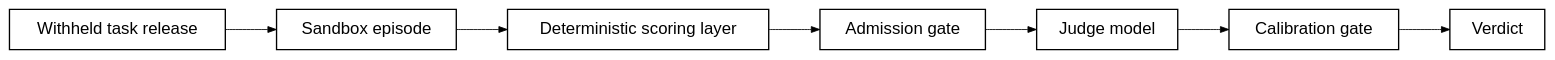
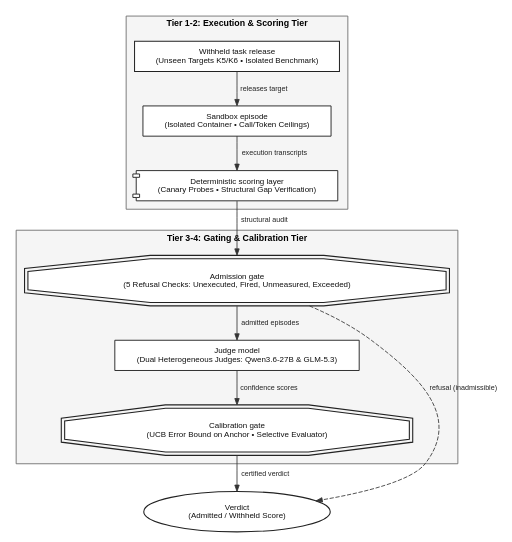
The diagram in paper/figures/rendered/fig-05.dot (umyunsang/argo), drawn with Graphviz before and after one commit. The commit also changed 32 other files, not shown here.

Commit message:
feat(paper): redesign all 9 figures into rich multi-tier technical architecture schematics with balanced aspect ratios

```diff
--- a/paper/figures/rendered/fig-05.dot
+++ b/paper/figures/rendered/fig-05.dot
@@ -1,21 +1,73 @@
-digraph G {
-  rankdir=LR;
+digraph EvaluationPipeline {
+  compound=true;
+  rankdir=TB;
   bgcolor=white;
-  node [shape=box, style=solid, color=black, fontcolor=black, fontname="Helvetica", fontsize=20, penwidth=1.6, margin="0.30,0.18"];
-  edge [color=black, fontcolor=black, arrowhead=normal, penwidth=1.0];
-  splines=ortho;
-  nodesep=0.70; ranksep=0.85;
-  "Withheld task release" [label="Withheld task release"];
-  "Sandbox episode" [label="Sandbox episode"];
-  "Deterministic scoring layer" [label="Deterministic scoring layer"];
-  "Admission gate" [label="Admission gate"];
-  "Judge model" [label="Judge model"];
-  "Calibration gate" [label="Calibration gate"];
-  "Verdict" [label="Verdict"];
-  "Withheld task release" -> "Sandbox episode";
-  "Sandbox episode" -> "Deterministic scoring layer";
-  "Deterministic scoring layer" -> "Admission gate";
-  "Admission gate" -> "Judge model";
-  "Judge model" -> "Calibration gate";
-  "Calibration gate" -> "Verdict";
+  nodesep=0.40;
+  ranksep=0.45;
+
+  node [
+    shape=box,
+    style="filled,solid",
+    fillcolor="#FFFFFF",
+    color="#222222",
+    fontcolor="#111111",
+    fontname="Helvetica",
+    fontsize=9.5,
+    penwidth=1.1,
+    margin="0.16,0.10"
+  ];
+
+  edge [
+    color="#333333",
+    fontcolor="#222222",
+    fontname="Helvetica",
+    fontsize=8.5,
+    arrowhead=normal,
+    arrowsize=0.75,
+    penwidth=1.0
+  ];
+
+  subgraph cluster_execution_tier {
+    label="Tier 1-2: Execution & Scoring Tier";
+    fontname="Helvetica-Bold";
+    fontsize=10.5;
+    color="#666666";
+    fillcolor="#F5F5F5";
+    style="filled,solid";
+    margin=10;
+
+    task_rel [label="Withheld task release\n(Unseen Targets K5/K6 • Isolated Benchmark)", shape=box, penwidth=1.2];
+    sand_ep [label="Sandbox episode\n(Isolated Container • Call/Token Ceilings)"];
+    score_lay [label="Deterministic scoring layer\n(Canary Probes • Structural Gap Verification)", shape=component];
+
+    task_rel -> sand_ep [label="releases target"];
+    sand_ep -> score_lay [label="execution transcripts"];
+  }
+
+  subgraph cluster_gate_tier {
+    label="Tier 3-4: Gating & Calibration Tier";
+    fontname="Helvetica-Bold";
+    fontsize=10.5;
+    color="#666666";
+    fillcolor="#F5F5F5";
+    style="filled,solid";
+    margin=10;
+
+    adm_gate [label="Admission gate\n(5 Refusal Checks: Unexecuted, Fired, Unmeasured, Exceeded)", shape=doubleoctagon, penwidth=1.3];
+    judge_mod [label="Judge model\n(Dual Heterogeneous Judges: Qwen3.6-27B & GLM-5.3)"];
+    cal_gate [label="Calibration gate\n(UCB Error Bound on Anchor • Selective Evaluator)", shape=doubleoctagon, penwidth=1.3];
+
+    adm_gate -> judge_mod [label="admitted episodes"];
+    judge_mod -> cal_gate [label="confidence scores"];
+  }
+
+  verdict_node [
+    label="Verdict\n(Admitted / Withheld Score)",
+    shape=ellipse,
+    penwidth=1.3
+  ];
+
+  score_lay -> adm_gate [label="structural audit"];
+  cal_gate -> verdict_node [label="certified verdict"];
+  adm_gate -> verdict_node [label="refusal (inadmissible)", style=dashed, constraint=false];
 }
```
